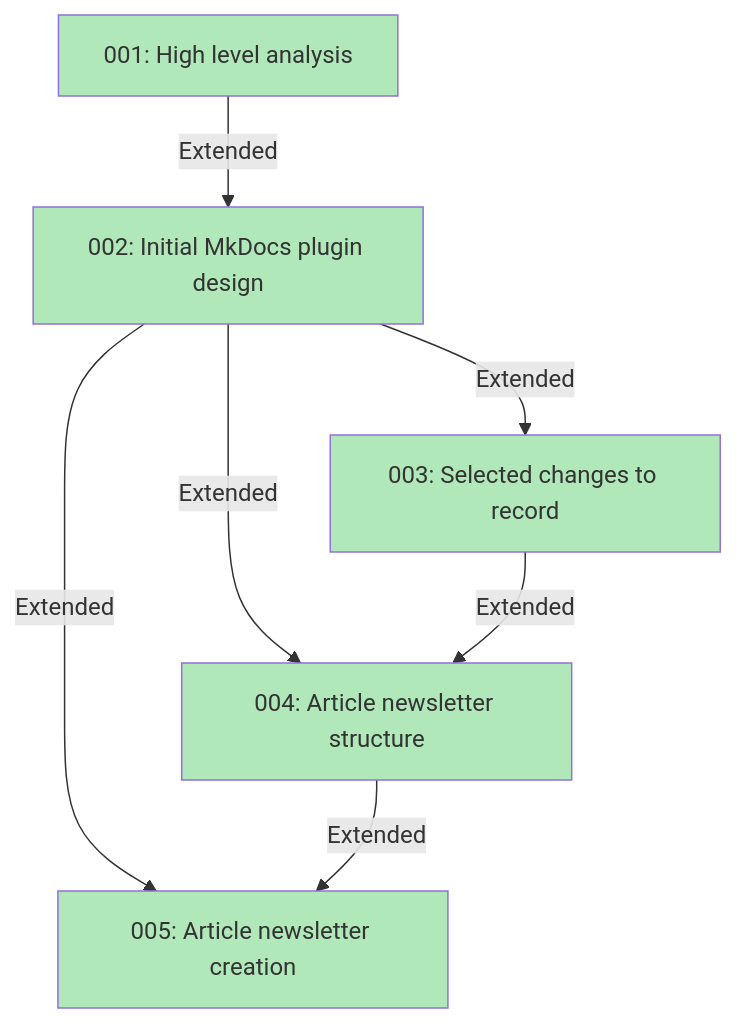
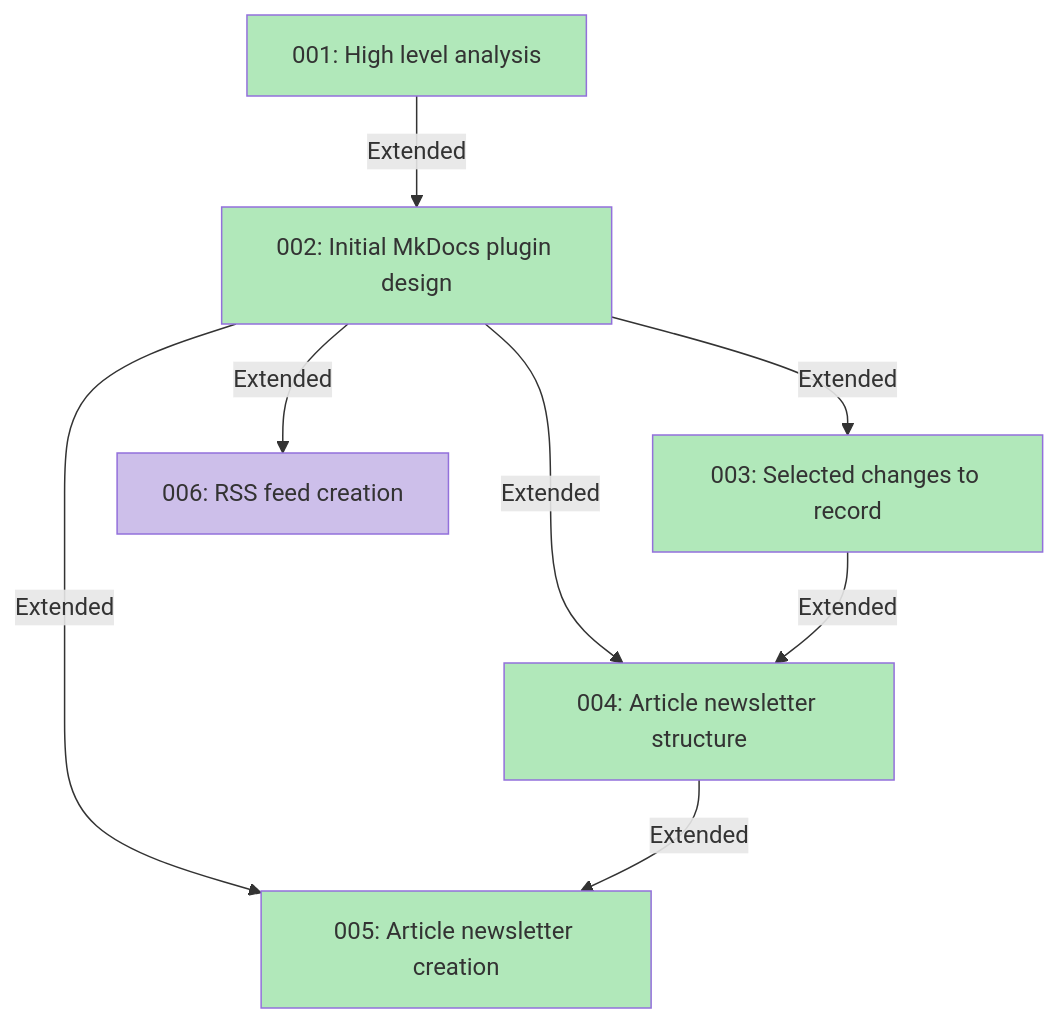
The diagram in docs/adr/adr.md (lyz-code/mkdocs-newsletter), drawn with Mermaid before and after one commit. The commit also changed 28 other files, not shown here.

````diff
--- a/docs/adr/adr.md
+++ b/docs/adr/adr.md
@@ -5,34 +5,38 @@
 ```mermaid
 graph TD
     001[001: High level analysis]
     002[002: Initial MkDocs plugin design]
     003[003: Selected changes to record]
     004[004: Article newsletter structure]
     005[005: Article newsletter creation]
+    006[006: RSS feed creation]
 
     001 -- Extended --> 002
     002 -- Extended --> 003
     002 -- Extended --> 004
     002 -- Extended --> 005
+    002 -- Extended --> 006
     003 -- Extended --> 004
     004 -- Extended --> 005
 
     click 001 "https://lyz-code.github.io/mkdocs-newsletter/adr/001-initial_approach" _blank
     click 002 "https://lyz-code.github.io/mkdocs-newsletter/adr/002-initial_plugin_design" _blank
     click 003 "https://lyz-code.github.io/mkdocs-newsletter/adr/003-select_the_changes_to_record" _blank
     click 004 "https://lyz-code.github.io/mkdocs-newsletter/adr/004-article_newsletter_structure" _blank
     click 005 "https://lyz-code.github.io/mkdocs-newsletter/adr/005-create_the_newsletter_articles" _blank
+    click 006 "https://lyz-code.github.io/mkdocs-newsletter/adr/006-rss_feed_creation" _blank
 
     001:::accepted
     002:::accepted
     003:::accepted
     004:::accepted
     005:::accepted
+    006:::draft
 
     classDef draft fill:#CDBFEA;
     classDef proposed fill:#B1CCE8;
     classDef accepted fill:#B1E8BA;
     classDef rejected fill:#E8B1B1;
     classDef deprecated fill:#E8B1B1;
     classDef superseeded fill:#E8E5B1;
 ```
````
